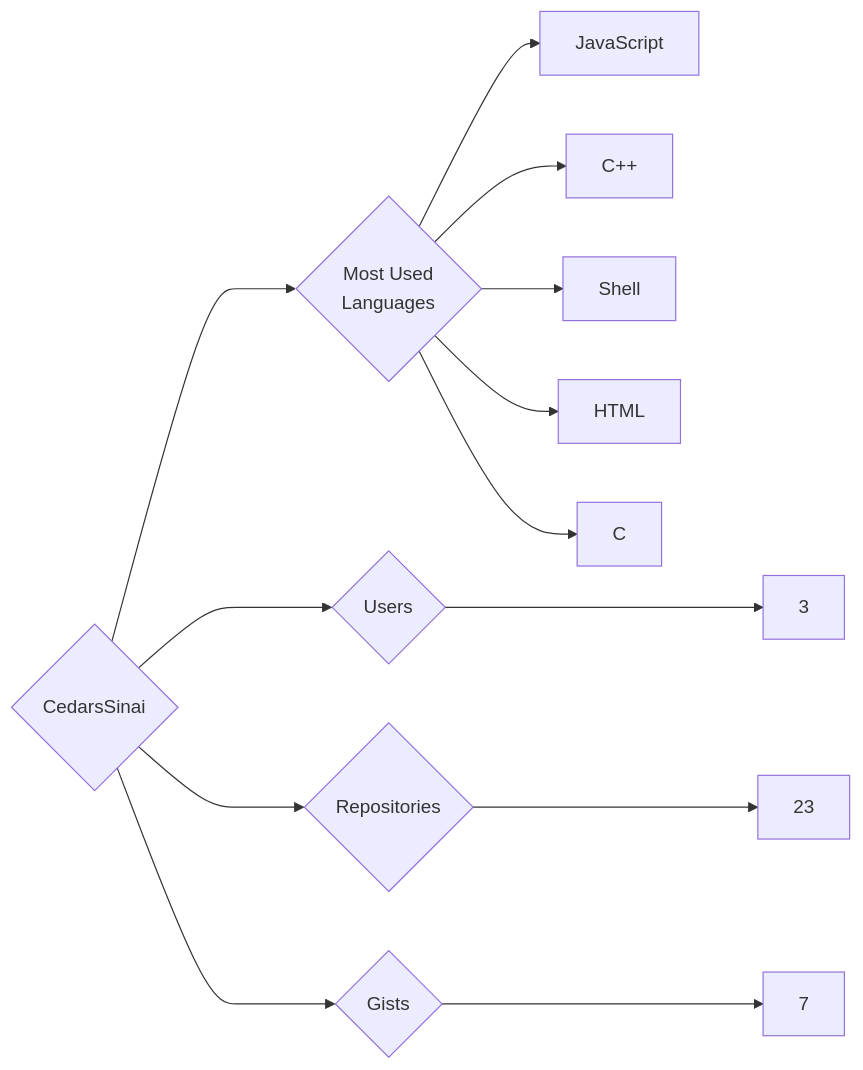
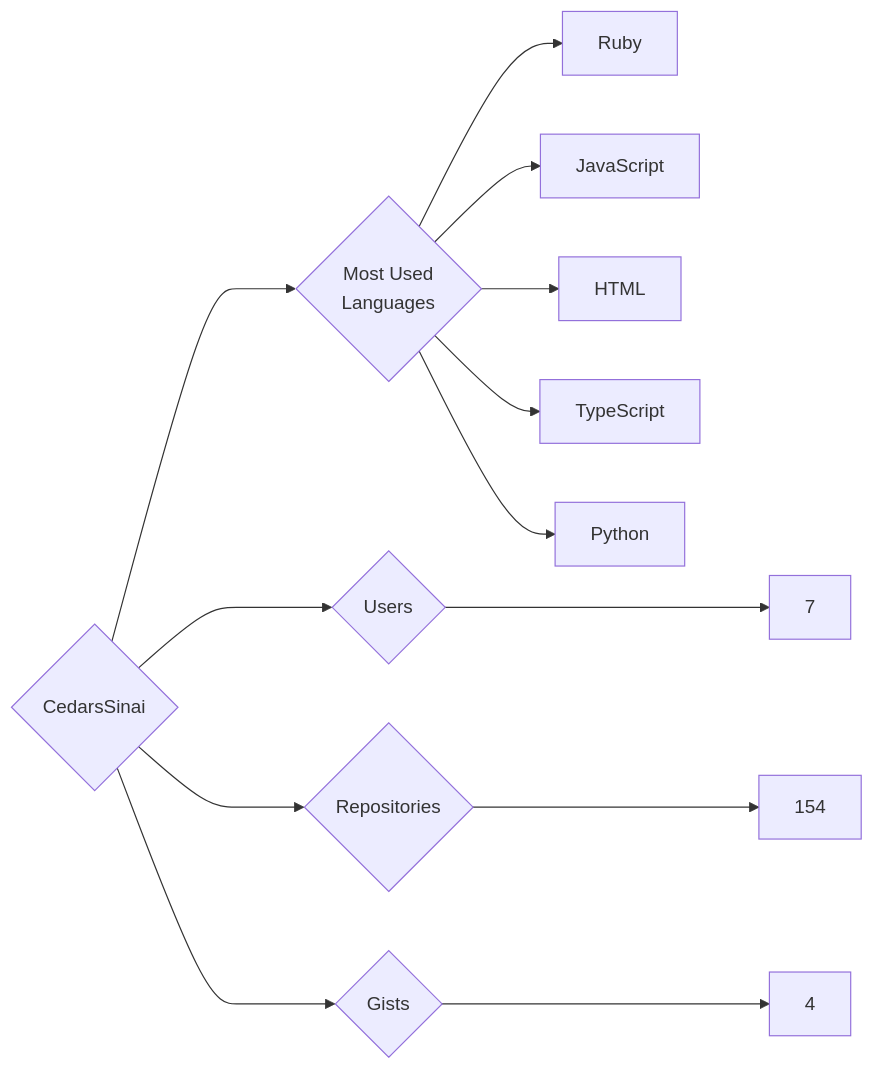
The diagram in targets/CedarsSinai/README.md (trickest/insiders), drawn with Mermaid before and after one commit. The commit also changed 1149 other files, not shown here.

````diff
--- a/targets/CedarsSinai/README.md
+++ b/targets/CedarsSinai/README.md
@@ -3,13 +3,13 @@
 ```mermaid
 graph LR
 COMPANY_NAME{CedarsSinai}
-COMPANY_NAME ---> U{Users} ---> UN[3]
-COMPANY_NAME ---> R{Repositories} ---> RN[23]
-COMPANY_NAME ---> G{Gists} ---> GN[7]
+COMPANY_NAME ---> U{Users} ---> UN[7]
+COMPANY_NAME ---> R{Repositories} ---> RN[154]
+COMPANY_NAME ---> G{Gists} ---> GN[4]
 COMPANY_NAME ---> ML{Most Used<br>Languages}
+ML --> Ruby[Ruby]
 ML --> JavaScript[JavaScript]
-ML --> C++[C++]
-ML --> Shell[Shell]
 ML --> HTML[HTML]
-ML --> C[C]
+ML --> TypeScript[TypeScript]
+ML --> Python[Python]
 ```
````
